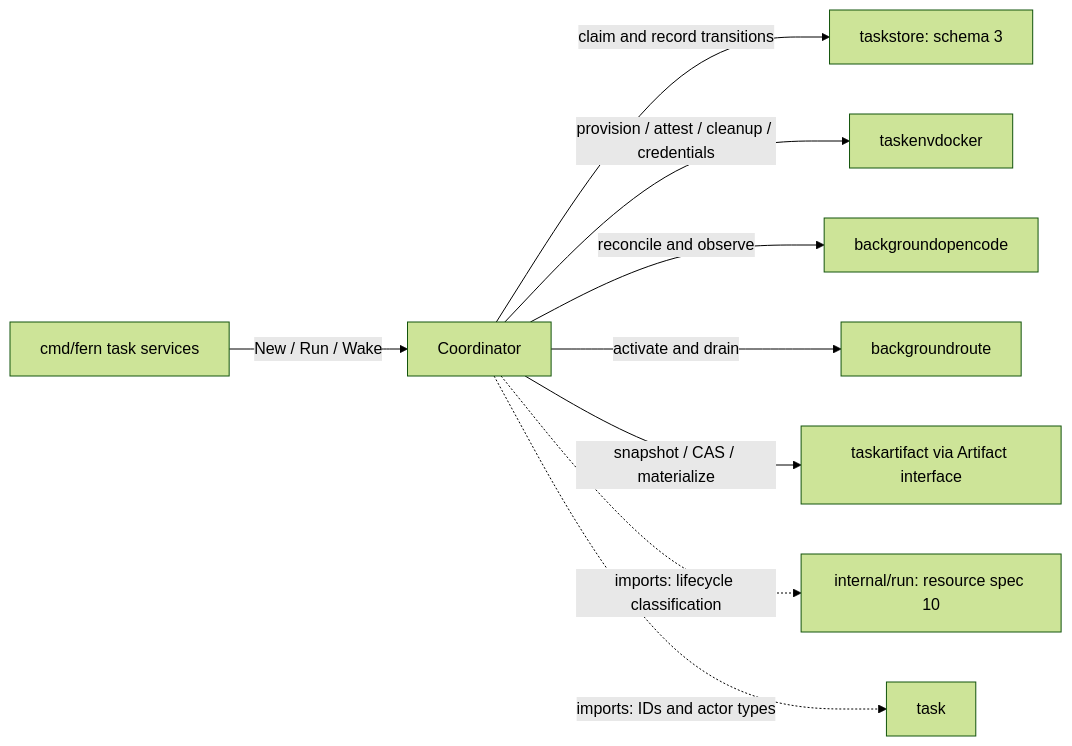
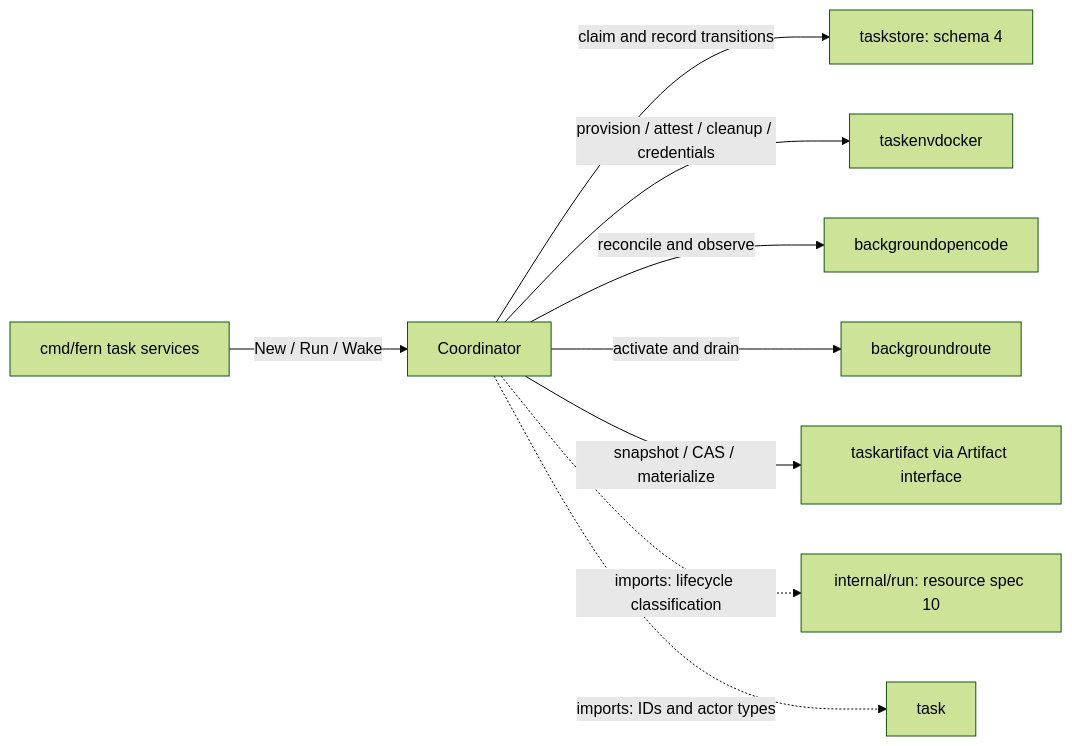
Before and after one commit to nebler/fern: the first of 2 diagrams in internal/backgroundruncoord/README.md, drawn with Mermaid (forest theme). The commit also changed 19 other files, not shown here.

First line of the commit message:
refactor(taskstore): drop dead execution-projection triggers, bump schema to 4

````diff
--- a/internal/backgroundruncoord/README.md
+++ b/internal/backgroundruncoord/README.md
@@ -11,11 +11,11 @@
 ```mermaid
 flowchart LR
   cli["cmd/fern task services"] -->|"New / Run / Wake"| coord["Coordinator"]
-  coord -->|"claim and record transitions"| store["taskstore: schema 3"]
+  coord -->|"claim and record transitions"| store["taskstore: schema 4"]
   coord -->|"provision / attest / cleanup / credentials"| docker["taskenvdocker"]
   coord -->|"reconcile and observe"| oc["backgroundopencode"]
   coord -->|"activate and drain"| route["backgroundroute"]
   coord -->|"snapshot / CAS / materialize"| artifact["taskartifact via Artifact interface"]
   coord -.->|"imports: lifecycle classification"| run["internal/run: resource spec 10"]
   coord -.->|"imports: IDs and actor types"| task["task"]
 ```
````
